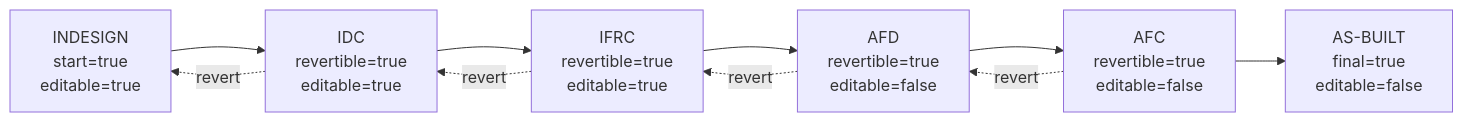
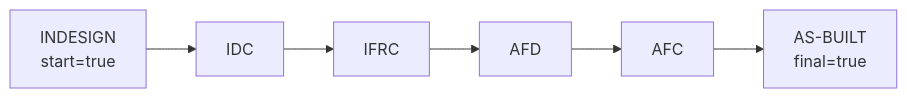
Before and after one commit to veep2012/flow_gen2_frontend: the diagram in documentation/document_flow.md, drawn with Mermaid. The commit also changed other lines of this file and 10 other files, not shown here.

````diff
--- a/documentation/document_flow.md
+++ b/documentation/document_flow.md
@@ -112,15 +110,11 @@
 ```mermaid
 flowchart LR
-    indesign["INDESIGN\nstart=true\neditable=true"]
-    idc["IDC\nrevertible=true\neditable=true"]
-    ifrc["IFRC\nrevertible=true\neditable=true"]
-    afd["AFD\nrevertible=true\neditable=false"]
-    afc["AFC\nrevertible=true\neditable=false"]
-    asbuilt["AS-BUILT\nfinal=true\neditable=false"]
+    indesign["INDESIGN\nstart=true"]
+    idc["IDC"]
+    ifrc["IFRC"]
+    afd["AFD"]
+    afc["AFC"]
+    asbuilt["AS-BUILT\nfinal=true"]
 
     indesign --> idc --> ifrc --> afd --> afc --> asbuilt
-    idc -. revert .-> indesign
-    ifrc -. revert .-> idc
-    afd -. revert .-> ifrc
-    afc -. revert .-> afd
 ```
````
